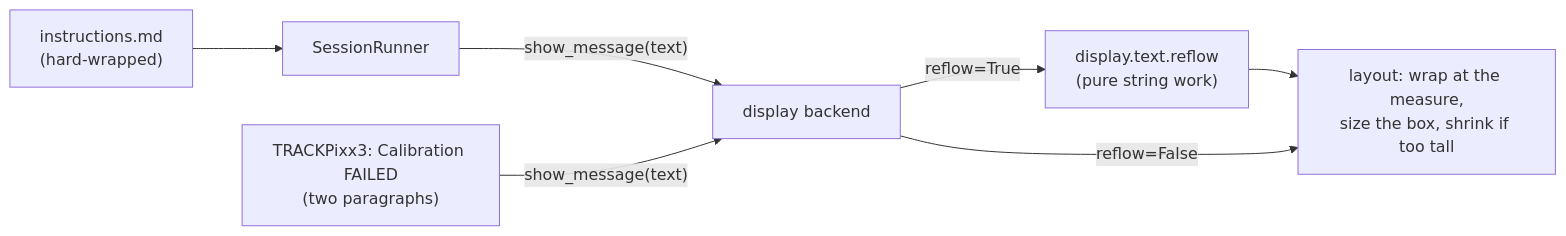
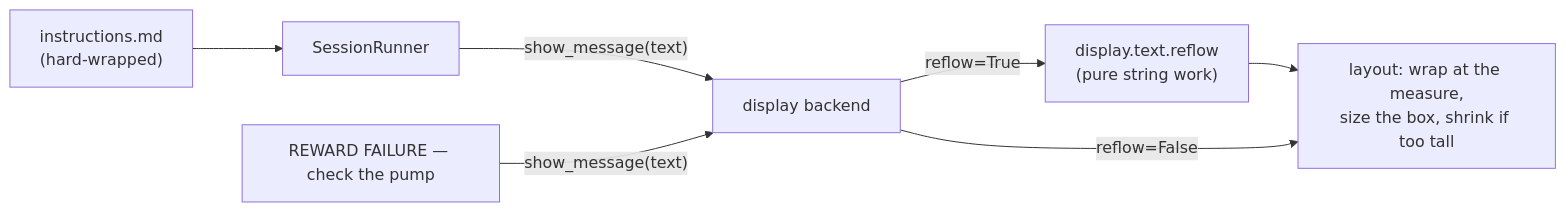
Before and after one commit to sh4r11f/alhazen: diagram 15 of 18 in docs/architecture.md, drawn with Mermaid. The commit also changed 101 other files, not shown here.

````diff
--- a/docs/architecture.md
+++ b/docs/architecture.md
@@ -2223,9 +2223,9 @@
 ```mermaid
 flowchart LR
     SRC["instructions.md<br/>(hard-wrapped)"] --> RUN["SessionRunner"]
     RUN -->|"show_message(text)"| BE["display backend"]
-    CAL["TRACKPixx3: Calibration FAILED<br/>(two paragraphs)"] -->|"show_message(text)"| BE
+    RW["REWARD FAILURE — check the pump"] -->|"show_message(text)"| BE
     BE -->|"reflow=True"| RF["display.text.reflow<br/>(pure string work)"]
     RF --> LAY["layout: wrap at the measure,<br/>size the box, shrink if too tall"]
     BE -->|"reflow=False"| LAY
 ```
````
